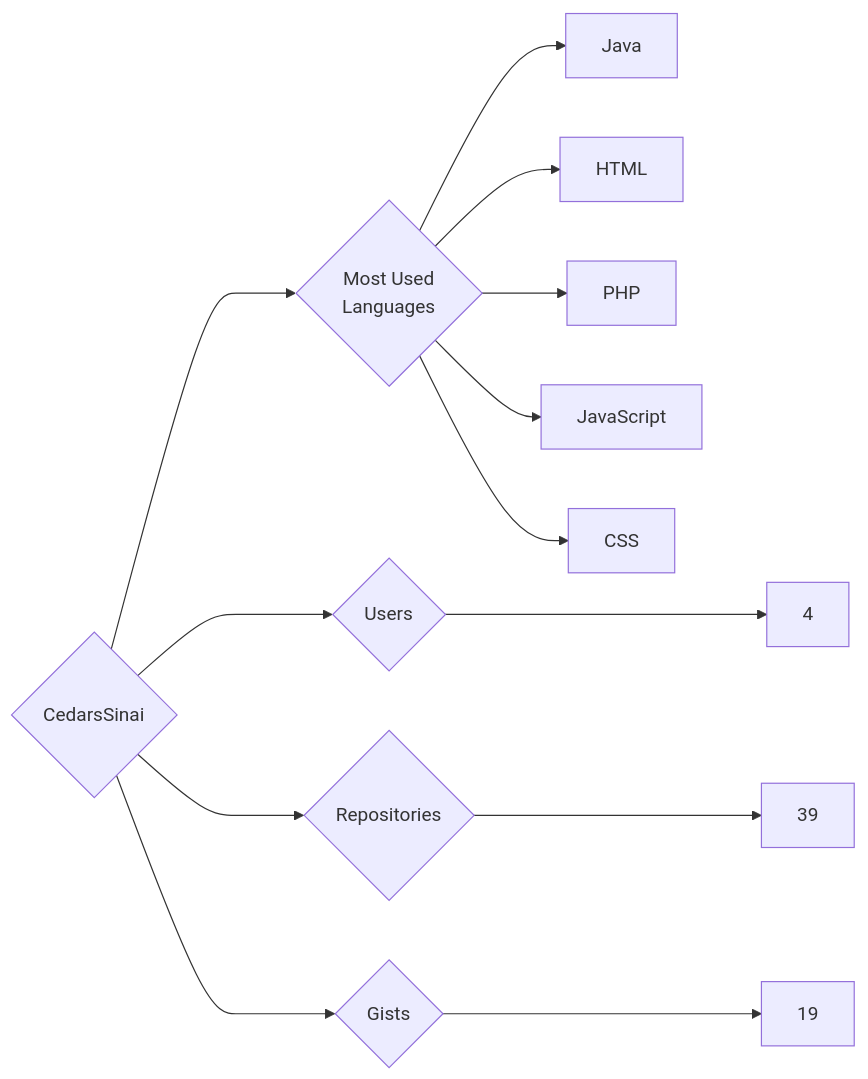
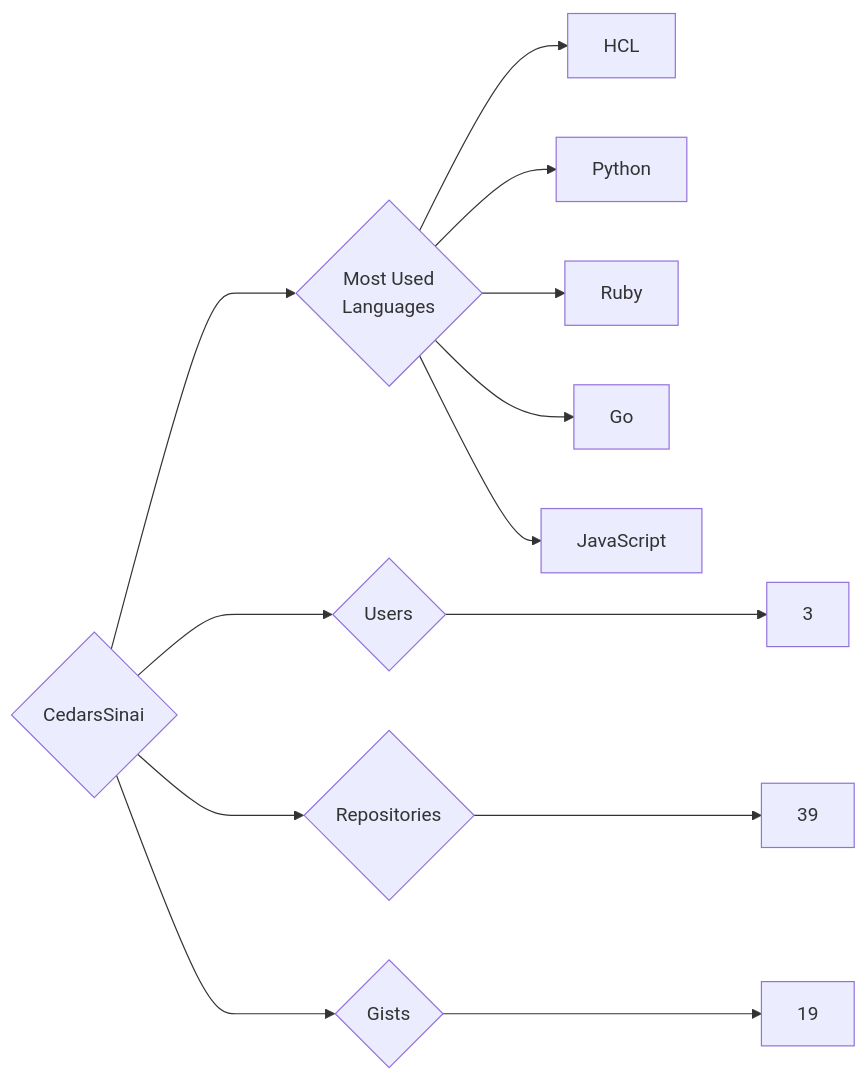
The diagram in targets/CedarsSinai/README.md (trickest/insiders), drawn with Mermaid before and after one commit. The commit also changed 998 other files, not shown here.

````diff
--- a/targets/CedarsSinai/README.md
+++ b/targets/CedarsSinai/README.md
@@ -3,13 +3,13 @@
 ```mermaid
 graph LR
 COMPANY_NAME{CedarsSinai}
-COMPANY_NAME ---> U{Users} ---> UN[4]
+COMPANY_NAME ---> U{Users} ---> UN[3]
 COMPANY_NAME ---> R{Repositories} ---> RN[39]
 COMPANY_NAME ---> G{Gists} ---> GN[19]
 COMPANY_NAME ---> ML{Most Used<br>Languages}
-ML --> Java[Java]
-ML --> HTML[HTML]
-ML --> PHP[PHP]
+ML --> HCL[HCL]
+ML --> Python[Python]
+ML --> Ruby[Ruby]
+ML --> Go[Go]
 ML --> JavaScript[JavaScript]
-ML --> CSS[CSS]
 ```
````
